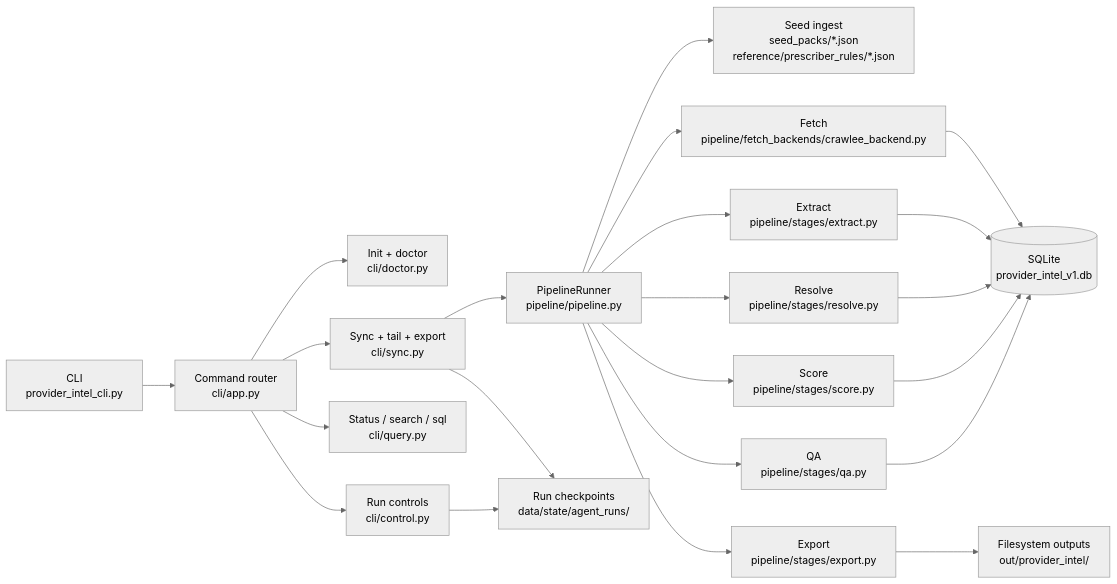
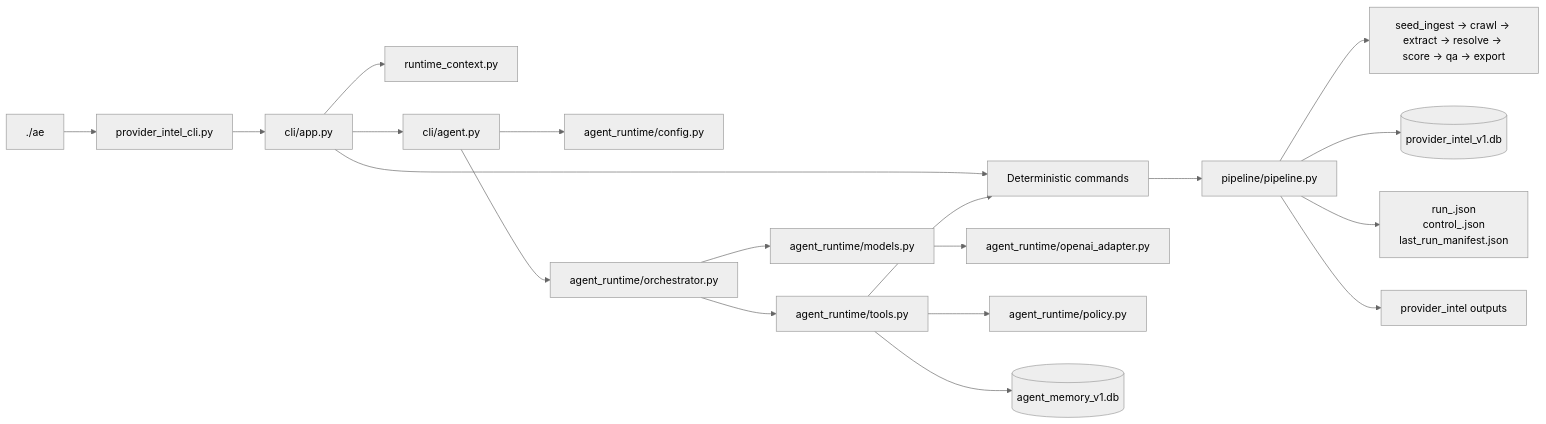
The second of 4 diagrams in docs/architecture.md (MikesHorcrux/ABAProviderIntelligenceEngine), drawn with Mermaid (neutral theme) before and after one commit. The commit also changed other lines of this file and 52 other files, not shown here.

````diff
--- a/docs/architecture.md
+++ b/docs/architecture.md
@@ -22,26 +105,23 @@
 ```mermaid
 flowchart LR
-  CLI["CLI\nprovider_intel_cli.py"] --> APP["Command router\ncli/app.py"]
-  APP --> INIT["Init + doctor\ncli/doctor.py"]
-  APP --> SYNC["Sync + tail + export\ncli/sync.py"]
-  APP --> QUERY["Status / search / sql\ncli/query.py"]
-  APP --> CONTROL["Run controls\ncli/control.py"]
+  AE["./ae"] --> CLI["provider_intel_cli.py"]
+  CLI --> APP["cli/app.py"]
+  APP --> RCX["runtime_context.py"]
+  APP --> DET["Deterministic commands"]
+  APP --> AG["cli/agent.py"]
 
-  SYNC --> RUNNER["PipelineRunner\npipeline/pipeline.py"]
-  RUNNER --> SEEDS["Seed ingest\nseed_packs/*.json\nreference/prescriber_rules/*.json"]
-  RUNNER --> FETCH["Fetch\npipeline/fetch_backends/crawlee_backend.py"]
-  RUNNER --> EXTRACT["Extract\npipeline/stages/extract.py"]
-  RUNNER --> RESOLVE["Resolve\npipeline/stages/resolve.py"]
-  RUNNER --> SCORE["Score\npipeline/stages/score.py"]
-  RUNNER --> QA["QA\npipeline/stages/qa.py"]
-  RUNNER --> EXPORT["Export\npipeline/stages/export.py"]
+  DET --> PIPE["pipeline/pipeline.py"]
+  PIPE --> STAGES["seed_ingest -> crawl -> extract -> resolve -> score -> qa -> export"]
+  PIPE --> DB[("provider_intel_v1.db")]
+  PIPE --> STATE["run_<id>.json\ncontrol_<id>.json\nlast_run_manifest.json"]
+  PIPE --> OUT["provider_intel outputs"]
 
-  FETCH --> DB[("SQLite\nprovider_intel_v1.db")]
-  EXTRACT --> DB
-  RESOLVE --> DB
-  SCORE --> DB
-  QA --> DB
-  EXPORT --> OUT["Filesystem outputs\nout/provider_intel/"]
-  SYNC --> STATE["Run checkpoints\n data/state/agent_runs/"]
-  CONTROL --> STATE
+  AG --> CFG["agent_runtime/config.py"]
+  AG --> ORCH["agent_runtime/orchestrator.py"]
+  ORCH --> MOD["agent_runtime/models.py"]
+  MOD --> OAI["agent_runtime/openai_adapter.py"]
+  ORCH --> TOOLS["agent_runtime/tools.py"]
+  TOOLS --> POLICY["agent_runtime/policy.py"]
+  TOOLS --> MEM[("agent_memory_v1.db")]
+  TOOLS --> DET
 ```
````
